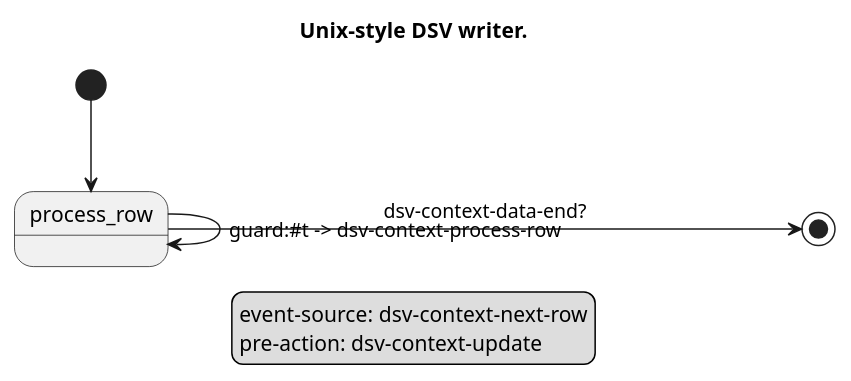
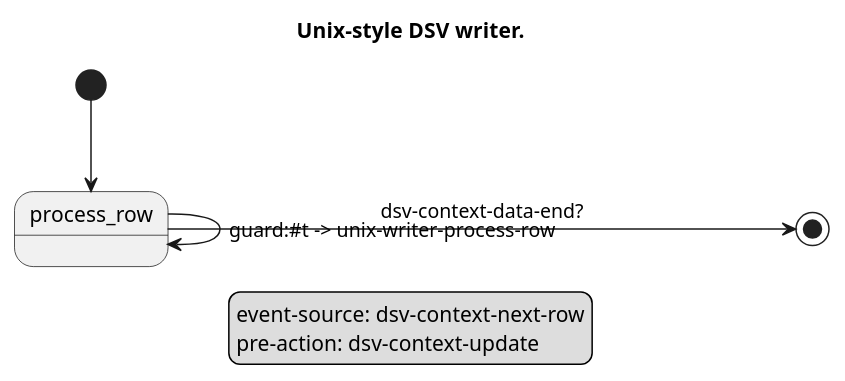
One commit to artyom-poptsov/guile-dsv changed the diagram in modules/dsv/fsm/unix-writer.puml. Above: the diagram before and after it, drawn with PlantUML. The commit also changed 2 other files, not shown here.

Commit message:
dsv/fsm/dsv-context: Make procedure naming more consistent
* modules/dsv/fsm/dsv-context.scm (dsv-context-process-field): Rename to
"unix-writer-process-field".  All callers updated.
(dsv-context-process-row): Rename to "unix-writer-process-row".  All callers
updated.
(dsv-context-process-row/fibers): Rename to "unix-writer-process-row/fibers".
All callers updated.
* modules/dsv/fsm/unix-writer-with-fibers.puml,
modules/dsv/fsm/unix-writer.puml: Update.

```diff
--- a/modules/dsv/fsm/unix-writer.puml
+++ b/modules/dsv/fsm/unix-writer.puml
@@ -1,31 +1,31 @@
 @startuml
 
 ' Copyright (C) 2026 Artyom V. Poptsov <poptsov.artyom@gmail.com>
 '
 ' This program is free software: you can redistribute it and/or modify
 ' it under the terms of the GNU General Public License as published by
 ' the Free Software Foundation, either version 3 of the License, or
 ' (at your option) any later version.
 '
 ' The program is distributed in the hope that it will be useful,
 ' but WITHOUT ANY WARRANTY; without even the implied warranty of
 ' MERCHANTABILITY or FITNESS FOR A PARTICULAR PURPOSE.  See the
 ' GNU General Public License for more details.
 '
 ' You should have received a copy of the GNU General Public License
 ' along with the program.  If not, see <http://www.gnu.org/licenses/>.
 
 
 title Unix-style DSV writer.
 
 legend
 event-source: dsv-context-next-row
 pre-action: dsv-context-update
 endlegend
 
 [*] --> process_row
 
 process_row -> [*]: dsv-context-data-end?
-process_row -> process_row: guard:#t -> dsv-context-process-row
+process_row -> process_row: guard:#t -> unix-writer-process-row
 
 @enduml
```
